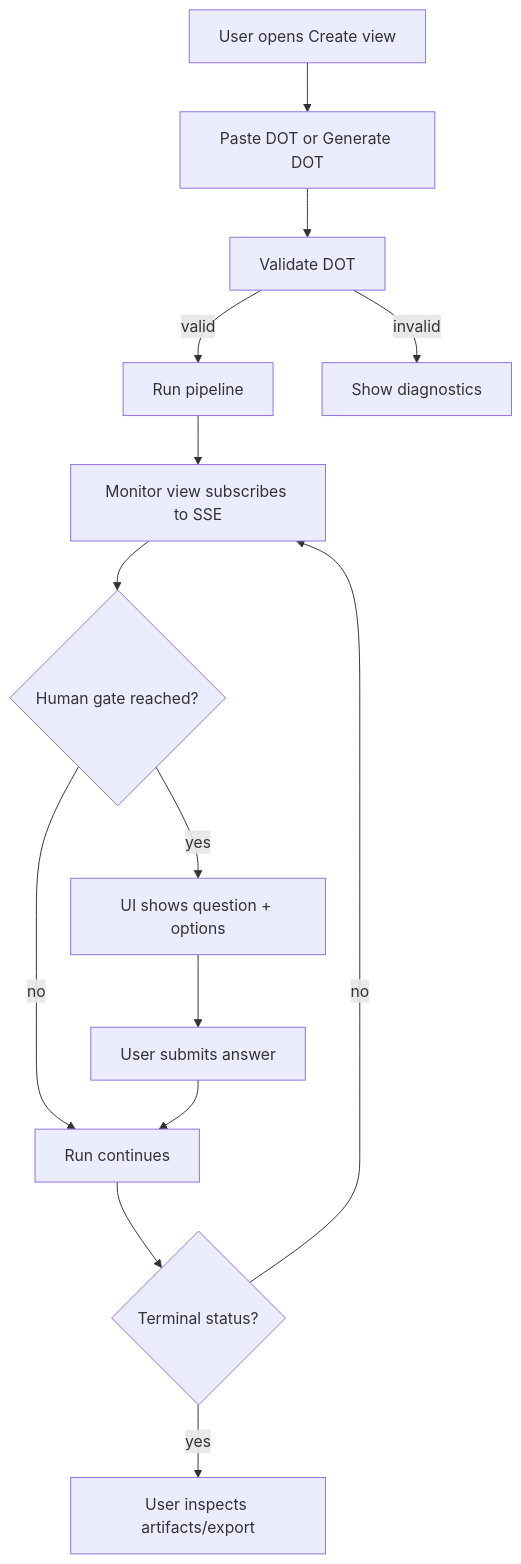
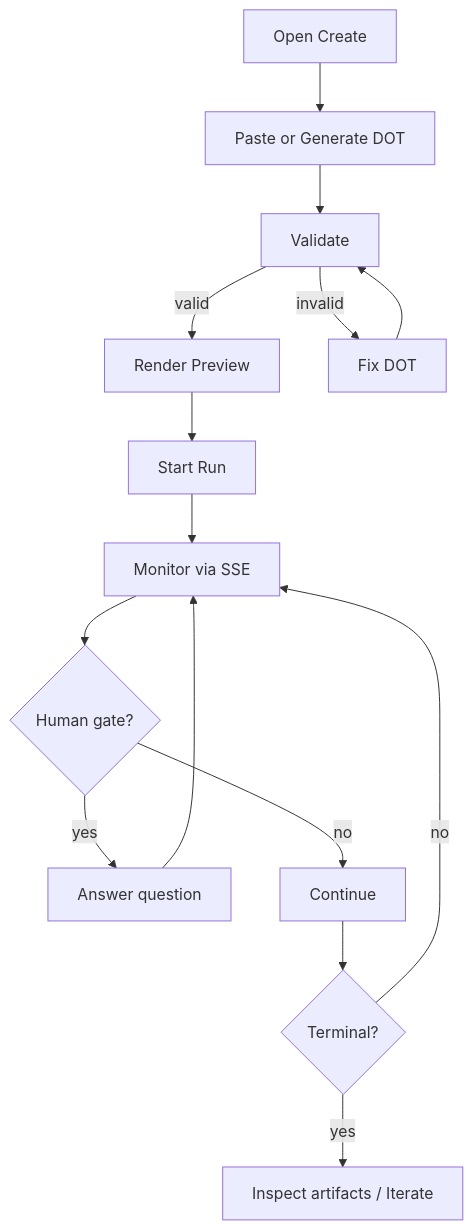
The third of 6 diagrams in docs/sprints/SPRINT-002-attractor-php-web-dashboard.md (jaytaylor/attractor-php), drawn with Mermaid before and after one commit. The commit also changed other lines of this file, not shown here.

````diff
--- a/docs/sprints/SPRINT-002-attractor-php-web-dashboard.md
+++ b/docs/sprints/SPRINT-002-attractor-php-web-dashboard.md
@@ -2057,17 +1406,18 @@
 ```mermaid
 %% Source: .scratch/mermaid/SPRINT-002/workflow.mmd
 flowchart TD
-  A[User opens Create view] --> B[Paste DOT or Generate DOT]
-  B --> C[Validate DOT]
-  C -->|valid| D[Run pipeline]
-  C -->|invalid| E[Show diagnostics]
-  D --> F[Monitor view subscribes to SSE]
-  F --> G{Human gate reached?}
-  G -->|no| H[Run continues]
-  G -->|yes| I[UI shows question + options]
-  I --> J[User submits answer]
-  J --> H
-  H --> K{Terminal status?}
-  K -->|no| F
-  K -->|yes| L[User inspects artifacts/export]
+  A[Open Create] --> B[Paste or Generate DOT]
+  B --> C[Validate]
+  C -->|valid| D[Render Preview]
+  D --> E[Start Run]
+  C -->|invalid| F[Fix DOT]
+  F --> C
+  E --> G[Monitor via SSE]
+  G --> H{Human gate?}
+  H -->|yes| I[Answer question]
+  I --> G
+  H -->|no| J[Continue]
+  J --> K{Terminal?}
+  K -->|no| G
+  K -->|yes| L[Inspect artifacts / Iterate]
 ```
````
